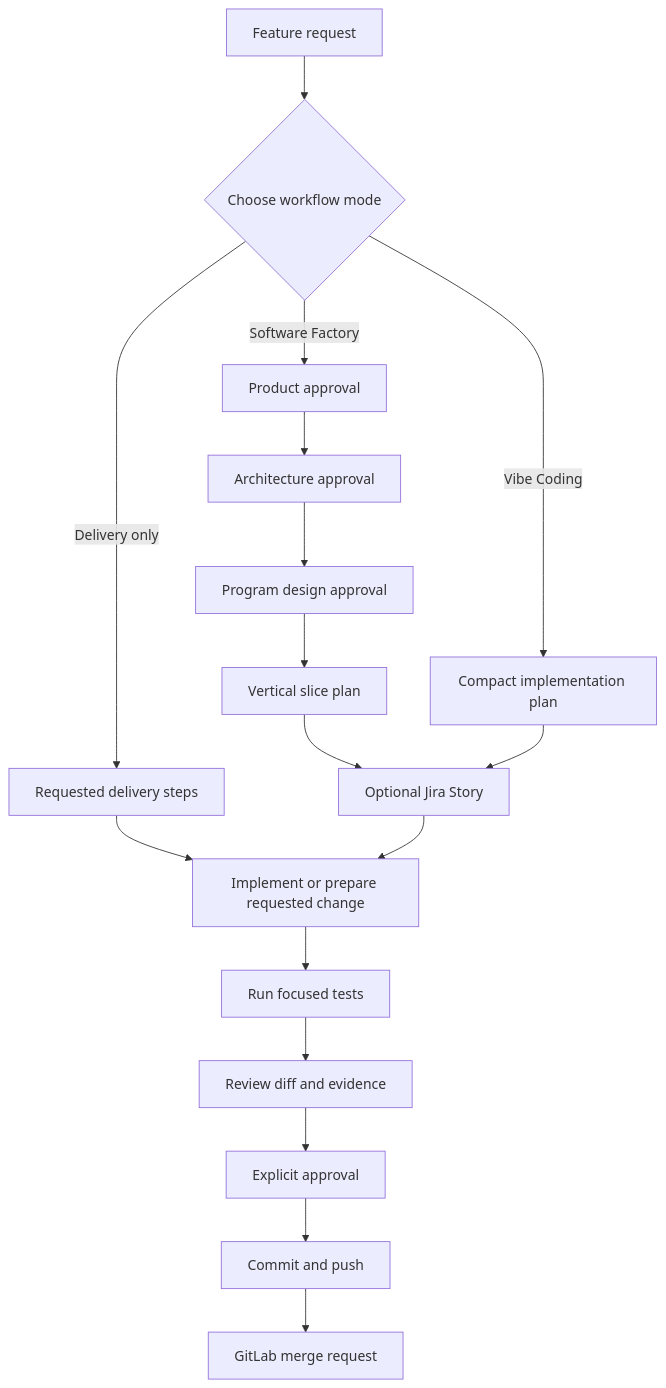
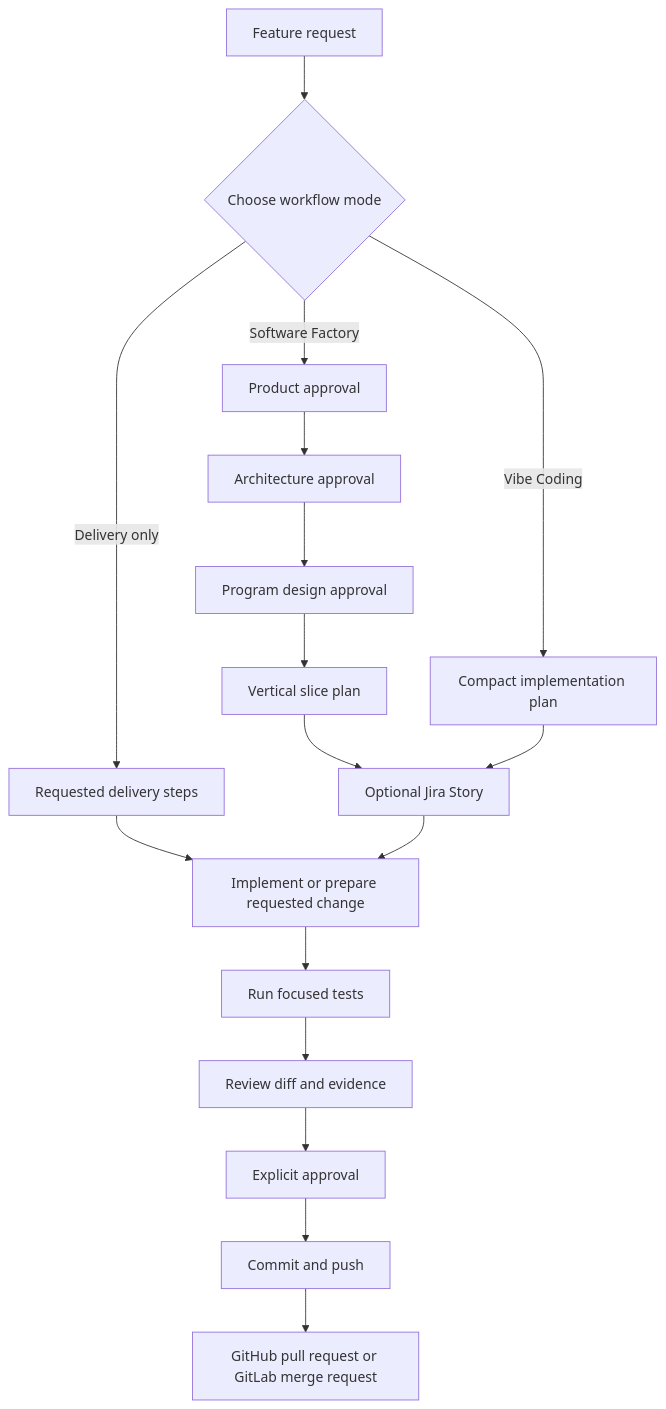
Before and after one commit to patpatwithhat/feature-lifecycle: the diagram in README.md, drawn with Mermaid. The commit also changed other lines of this file and 14 other files, not shown here.

Commit message:
feat(workflow): support GitHub and GitLab delivery

````diff
--- a/README.md
+++ b/README.md
@@ -30,23 +30,23 @@
 ```mermaid
 flowchart TD
     A[Feature request] --> B{Choose workflow mode}
 
     B -->|Software Factory| C[Product approval]
     C --> D[Architecture approval]
     D --> E[Program design approval]
     E --> F[Vertical slice plan]
 
     B -->|Vibe Coding| G[Compact implementation plan]
     B -->|Delivery only| H[Requested delivery steps]
 
     F --> I[Optional Jira Story]
     G --> I
     H --> J[Implement or prepare requested change]
     I --> J
 
     J --> K[Run focused tests]
     K --> L[Review diff and evidence]
     L --> M[Explicit approval]
     M --> N[Commit and push]
-    N --> O[GitLab merge request]
+    N --> O[GitHub pull request or GitLab merge request]
 ```
````
